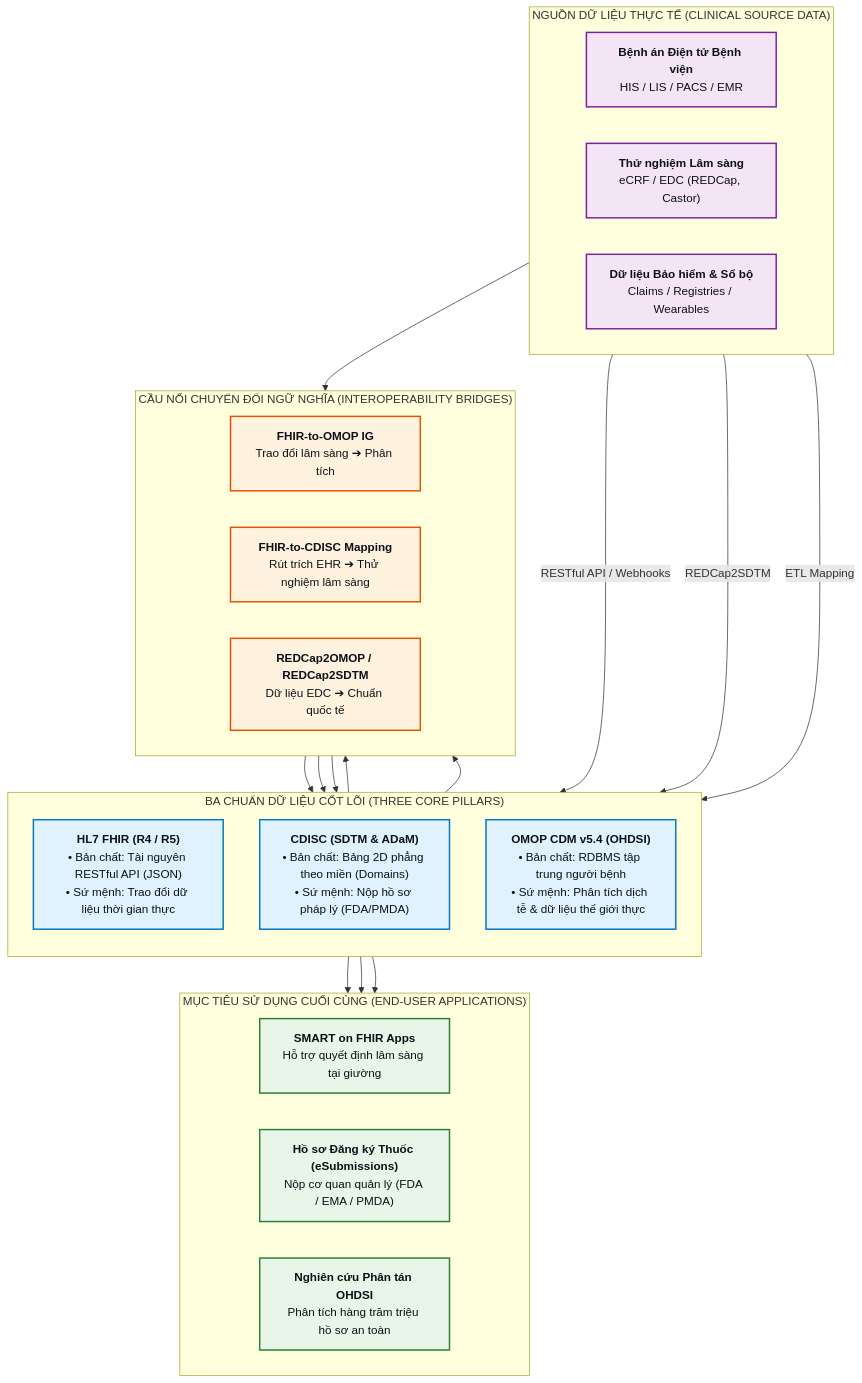
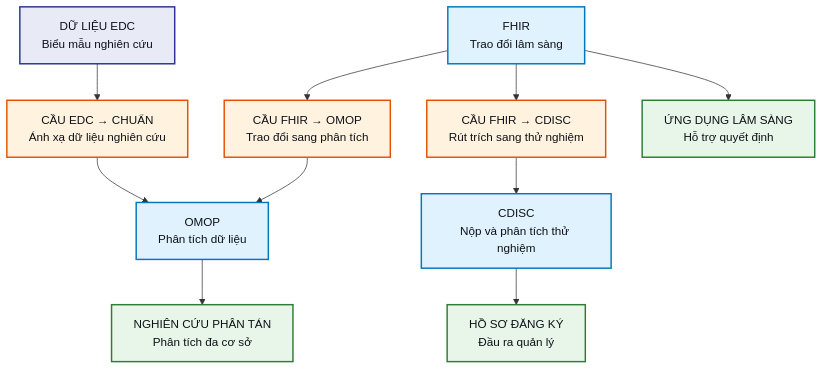
Before and after one commit to fossbk-spec/biomedical-rdm: the second of 2 diagrams in docs/chapters/ch03_standards_cdisc_fhir_omop.md, drawn with Mermaid. The commit also changed other lines of this file and 8 other files, not shown here.

Commit message:
docs: redesign Mermaid diagrams (no HTML, neutral labels, split oversized figures), merge diagram guide, scan Mermaid in volatile check

````diff
--- a/docs/chapters/ch03_standards_cdisc_fhir_omop.md
+++ b/docs/chapters/ch03_standards_cdisc_fhir_omop.md
@@ -32,70 +48,18 @@
 ```mermaid
 flowchart TD
-    %% ==========================================
-    %% TẦNG 1: NGUỒN DỮ LIỆU THỰC TẾ
-    %% ==========================================
-    subgraph SOURCE["NGUỒN DỮ LIỆU THỰC TẾ (CLINICAL SOURCE DATA)"]
-        direction LR
-        EHR["<b>Bệnh án Điện tử Bệnh viện</b><br/>HIS / LIS / PACS / EMR"]
-        CT["<b>Thử nghiệm Lâm sàng</b><br/>eCRF / EDC (REDCap, Castor)"]
-        REG["<b>Dữ liệu Bảo hiểm & Sổ bộ</b><br/>Claims / Registries / Wearables"]
-    end
-
-    %% ==========================================
-    %% TẦNG 2: BA CHUẨN DỮ LIỆU CỐT LÕI
-    %% ==========================================
-    subgraph STANDARDS["BA CHUẨN DỮ LIỆU CỐT LÕI (THREE CORE PILLARS)"]
-        direction TB
-        FHIR["<b>HL7 FHIR (R4 / R5)</b><br/>• Bản chất: Tài nguyên RESTful API (JSON)<br/>• Sứ mệnh: Trao đổi dữ liệu thời gian thực"]
-        CDISC["<b>CDISC (SDTM & ADaM)</b><br/>• Bản chất: Bảng 2D phẳng theo miền (Domains)<br/>• Sứ mệnh: Nộp hồ sơ pháp lý (FDA/PMDA)"]
-        OMOP["<b>OMOP CDM v5.4 (OHDSI)</b><br/>• Bản chất: RDBMS tập trung người bệnh<br/>• Sứ mệnh: Phân tích dịch tễ & dữ liệu thế giới thực"]
-    end
-
-    %% ==========================================
-    %% TẦNG 3: CẦU NỐI LIÊN THÔNG NGỮ NGHĨA
-    %% ==========================================
-    subgraph BRIDGES["CẦU NỐI CHUYỂN ĐỔI NGỮ NGHĨA (INTEROPERABILITY BRIDGES)"]
-        direction LR
-        F2O["<b>FHIR-to-OMOP IG</b><br/>Trao đổi lâm sàng ➔ Phân tích"]
-        F2C["<b>FHIR-to-CDISC Mapping</b><br/>Rút trích EHR ➔ Thử nghiệm lâm sàng"]
-        R2O["<b>REDCap2OMOP / REDCap2SDTM</b><br/>Dữ liệu EDC ➔ Chuẩn quốc tế"]
-    end
-
-    %% ==========================================
-    %% TẦNG 4: MỤC TIÊU ỨNG DỤNG CUỐI CÙNG
-    %% ==========================================
-    subgraph USECASES["MỤC TIÊU SỬ DỤNG CUỐI CÙNG (END-USER APPLICATIONS)"]
-        direction LR
-        APP["<b>SMART on FHIR Apps</b><br/>Hỗ trợ quyết định lâm sàng tại giường"]
-        REG_SUB["<b>Hồ sơ Đăng ký Thuốc (eSubmissions)</b><br/>Nộp cơ quan quản lý (FDA / EMA / PMDA)"]
-        FED_RES["<b>Nghiên cứu Phân tán OHDSI</b><br/>Phân tích hàng trăm triệu hồ sơ an toàn"]
-    end
-
-    %% ==========================================
-    %% DÒNG DỮ LIỆU LIÊN THÔNG (NODE-TO-NODE)
-    %% ==========================================
-    EHR -->|"RESTful API / Webhooks"| FHIR
-    CT -->|"REDCap2SDTM"| CDISC
-    REG -->|"ETL Mapping"| OMOP
-
-    FHIR --> F2O --> OMOP
-    FHIR --> F2C --> CDISC
-    CT --> R2O --> OMOP
-
-    FHIR --> APP
-    CDISC --> REG_SUB
-    OMOP --> FED_RES
-
-    %% ==========================================
-    %% BẢNG MÀU TƯƠNG PHẢN CAO CHO DARK/LIGHT MODE
-    %% ==========================================
-    classDef srcStyle fill:#F3E5F5,stroke:#7B1FA2,stroke-width:2px,color:#0D1117;
-    classDef stdStyle fill:#E0F2FE,stroke:#0277BD,stroke-width:2px,color:#0D1117;
-    classDef brgStyle fill:#FFF3E0,stroke:#E65100,stroke-width:2px,color:#0D1117;
-    classDef useStyle fill:#E8F5E9,stroke:#2E7D32,stroke-width:2px,color:#0D1117;
-
-    class EHR,CT,REG srcStyle;
-    class FHIR,CDISC,OMOP stdStyle;
-    class F2O,F2C,R2O brgStyle;
-    class APP,REG_SUB,FED_RES useStyle;
+    FHIR["FHIR<br/>Trao đổi lâm sàng"] --> F2O["CẦU FHIR → OMOP<br/>Trao đổi sang phân tích"] --> OMOP["OMOP<br/>Phân tích dữ liệu"]
+    FHIR --> F2C["CẦU FHIR → CDISC<br/>Rút trích sang thử nghiệm"] --> CDISC["CDISC<br/>Nộp và phân tích thử nghiệm"]
+    CT["DỮ LIỆU EDC<br/>Biểu mẫu nghiên cứu"] --> R2O["CẦU EDC → CHUẨN<br/>Ánh xạ dữ liệu nghiên cứu"] --> OMOP
+    FHIR --> APP["ỨNG DỤNG LÂM SÀNG<br/>Hỗ trợ quyết định"]
+    CDISC --> SUB["HỒ SƠ ĐĂNG KÝ<br/>Đầu ra quản lý"]
+    OMOP --> FED["NGHIÊN CỨU PHÂN TÁN<br/>Phân tích đa cơ sở"]
+    classDef lawStyle fill:#E8EAF6,stroke:#283593,stroke-width:2px,color:#0D1117;
+    classDef archStyle fill:#E0F2FE,stroke:#0277BD,stroke-width:2px,color:#0D1117;
+    classDef techStyle fill:#FFF3E0,stroke:#E65100,stroke-width:2px,color:#0D1117;
+    classDef mathStyle fill:#E8F5E9,stroke:#2E7D32,stroke-width:2px,color:#0D1117;
+    classDef warnStyle fill:#FFEBEE,stroke:#C62828,stroke-width:2px,color:#0D1117;
+    class FHIR,CDISC,OMOP archStyle;
+    class F2O,F2C,R2O techStyle;
+    class CT lawStyle;
+    class APP,SUB,FED mathStyle;
 ```
````
